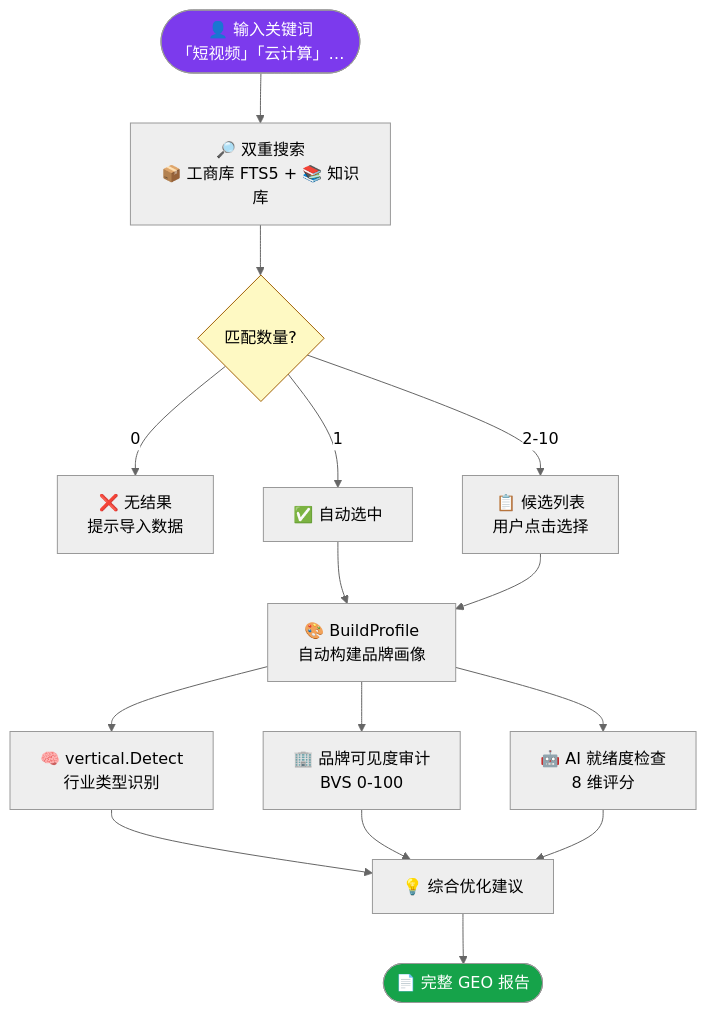
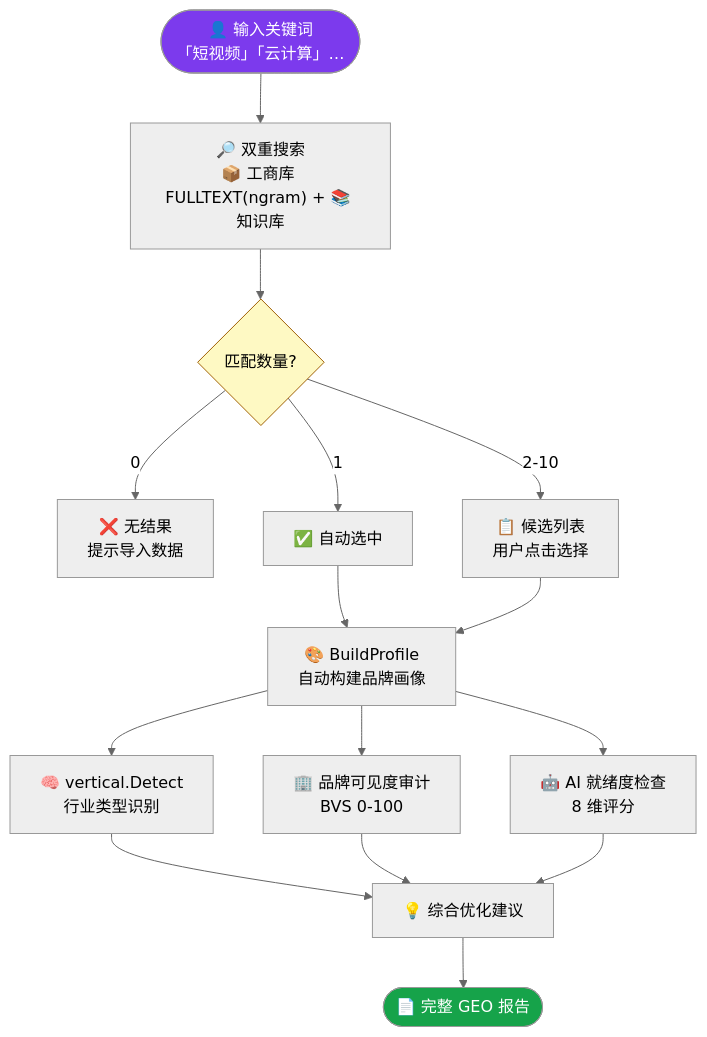
Diagram 17 of 31 in docs/architecture.md (deep2code/geo), drawn with Mermaid (neutral theme) before and after one commit. The commit also changed other lines of this file and 26 other files, not shown here.

````diff
--- a/docs/architecture.md
+++ b/docs/architecture.md
@@ -446,22 +446,22 @@
 ```mermaid
 flowchart TD
-    START([👤 输入关键词<br/>「短视频」「云计算」…]) --> DS["🔎 双重搜索<br/>📦 工商库 FTS5 + 📚 知识库"]
+    START([👤 输入关键词<br/>「短视频」「云计算」…]) --> DS["🔎 双重搜索<br/>📦 工商库 FULLTEXT(ngram) + 📚 知识库"]
     DS --> N{"匹配数量?"}
     N -- "0" --> EMPTY["❌ 无结果<br/>提示导入数据"]
     N -- "1" --> AUTO["✅ 自动选中"]
     N -- "2-10" --> LIST["📋 候选列表<br/>用户点击选择"]
 
     AUTO --> PROF
     LIST --> PROF["🎨 BuildProfile<br/>自动构建品牌画像"]
 
     PROF --> VD["🧠 vertical.Detect<br/>行业类型识别"]
     PROF --> BR["🏢 品牌可见度审计<br/>BVS 0-100"]
     PROF --> RR["🤖 AI 就绪度检查<br/>8 维评分"]
 
     VD & BR & RR --> SUG["💡 综合优化建议"]
     SUG --> END([📄 完整 GEO 报告])
 
     style START fill:#7c3aed,color:#fff
     style END fill:#16a34a,color:#fff
     style N fill:#fef9c3,stroke:#a16207
 ```
````
